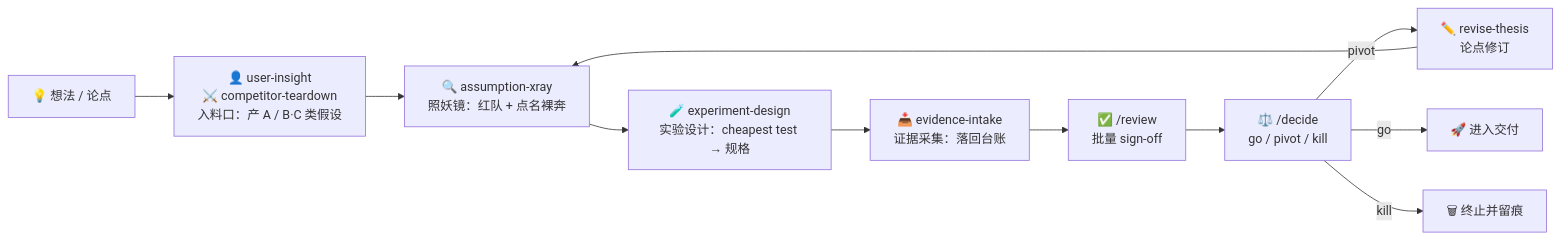
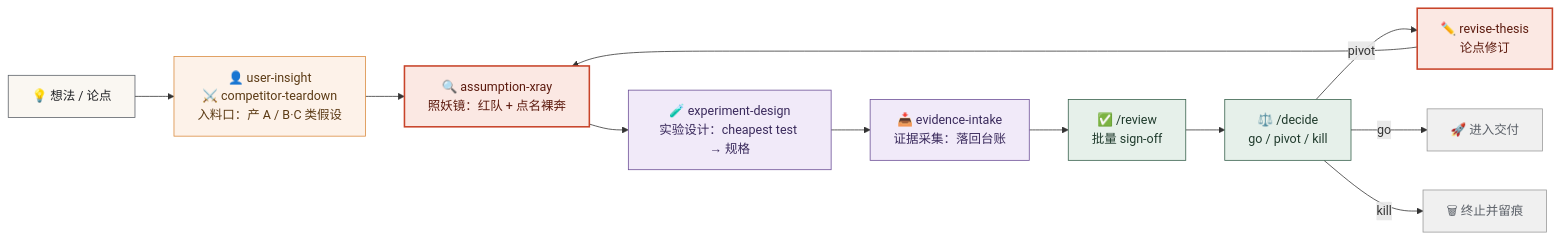
Before and after one commit to LuckyOneTwoThree/reckoner: the diagram in README.md, drawn with Mermaid. The commit also changed other lines of this file and 1 other file, not shown here.

Commit message:
README: 基于草稿深度优化（克制 emoji/统一标题层级/对比卡/YAML 契约/品牌色徽章/彩色回路图）

````diff
--- a/README.md
+++ b/README.md
@@ -64,13 +100,27 @@
 ```mermaid
 flowchart LR
     A["💡 想法 / 论点"] --> U["👤 user-insight<br>⚔️ competitor-teardown<br>入料口：产 A / B·C 类假设"]
     U --> B["🔍 assumption-xray<br>照妖镜：红队 + 点名裸奔"]
     B --> C["🧪 experiment-design<br>实验设计：cheapest test → 规格"]
     C --> D["📥 evidence-intake<br>证据采集：落回台账"]
     D --> E["✅ /review<br>批量 sign-off"]
     E --> F["⚖️ /decide<br>go / pivot / kill"]
     F -->|pivot| G["✏️ revise-thesis<br>论点修订"]
     G --> B
     F -->|go| H["🚀 进入交付"]
     F -->|kill| I["🗑 终止并留痕"]
+
+    classDef idea fill:#FAF7F2,stroke:#5B6068,color:#1F2024
+    classDef intake fill:#FDF2E9,stroke:#D98A3E,color:#5B3A14
+    classDef redteam fill:#FBE8E3,stroke:#C8442A,color:#5C1A0E,stroke-width:2px
+    classDef experiment fill:#F1EAF9,stroke:#6B4E96,color:#3A2A5C
+    classDef signoff fill:#E6F0EA,stroke:#355F4A,color:#1F3A2C
+    classDef terminal fill:#F0F0F0,stroke:#999999,color:#5B6068
+
+    class A idea
+    class U intake
+    class B,G redteam
+    class C,D experiment
+    class E,F signoff
+    class H,I terminal
 ```
````
